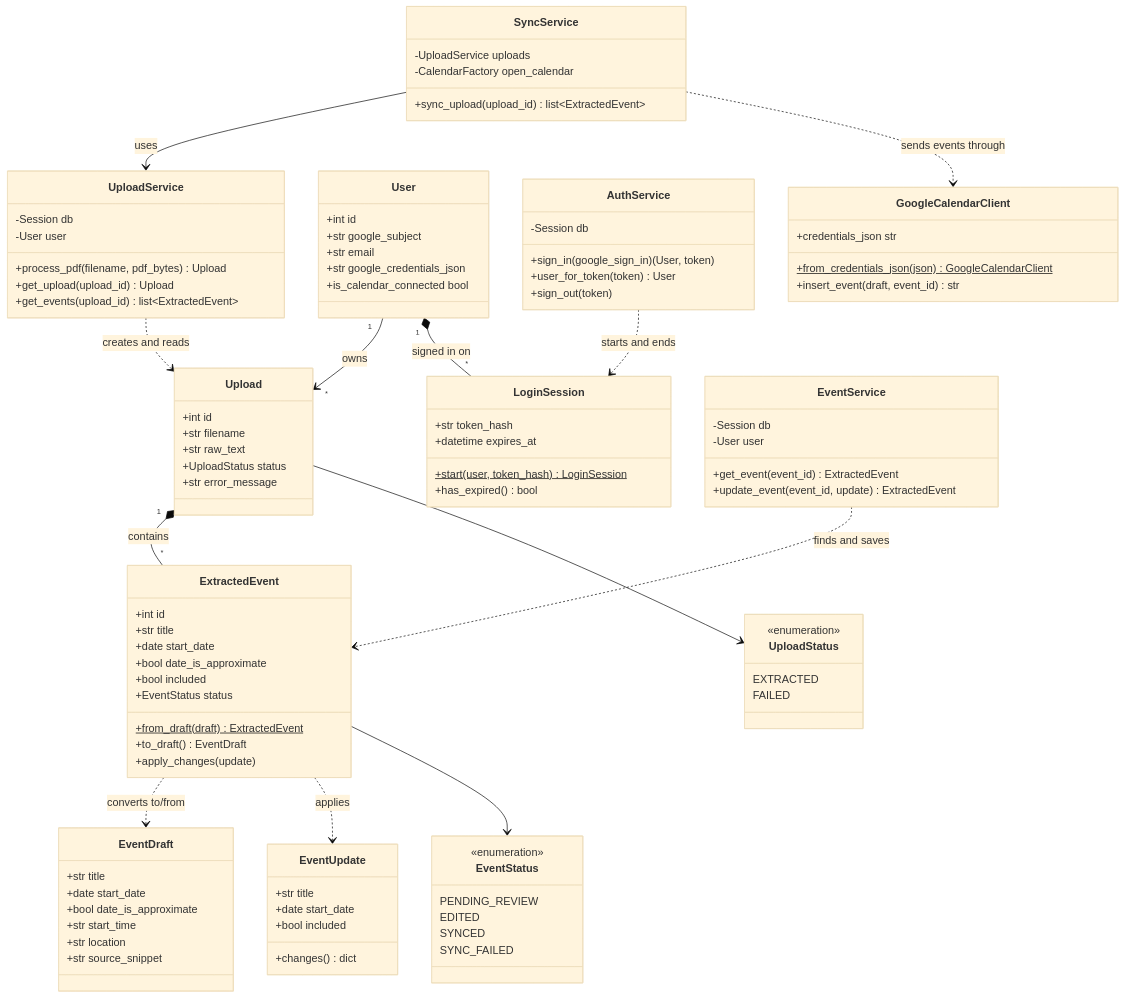
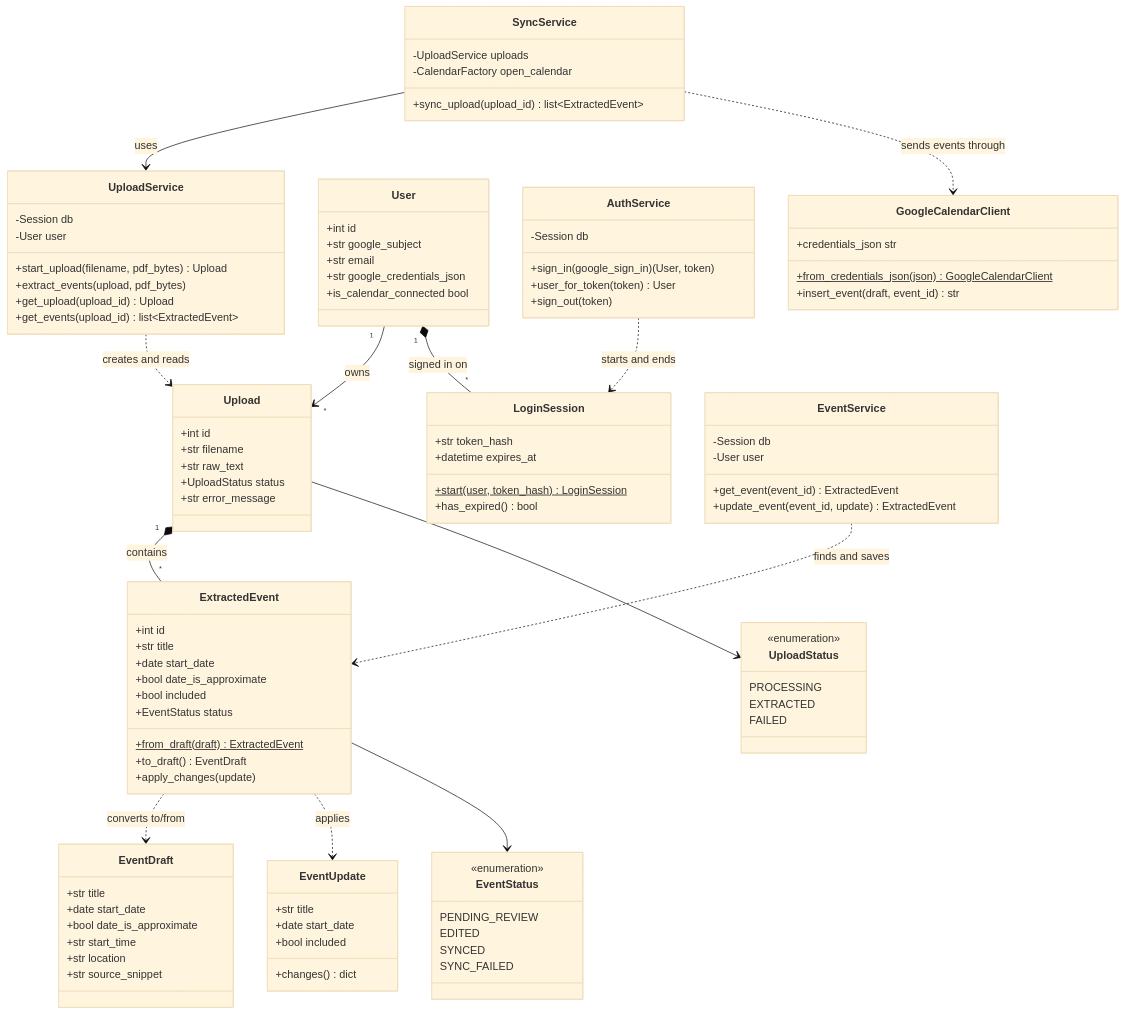
One commit to liam-shah/Syllabus2Cal changed the second of 7 diagrams in ARCHITECTURE.md. Above: the diagram before and after it, drawn with Mermaid (base theme). The commit also changed other lines of this file and 20 other files, not shown here.

Commit message:
Extract events in a background task and poll for the result. Parrallel upload bug patched. Cannot bypass dailyt limit anymore.

```diff
--- a/ARCHITECTURE.md
+++ b/ARCHITECTURE.md
@@ -70,7 +70,8 @@
     class UploadService {
         -Session db
         -User user
-        +process_pdf(filename, pdf_bytes) Upload
+        +start_upload(filename, pdf_bytes) Upload
+        +extract_events(upload, pdf_bytes)
         +get_upload(upload_id) Upload
         +get_events(upload_id) list~ExtractedEvent~
     }
@@ -143,6 +144,7 @@
     }
     class UploadStatus {
         <<enumeration>>
+        PROCESSING
         EXTRACTED
         FAILED
     }
```
